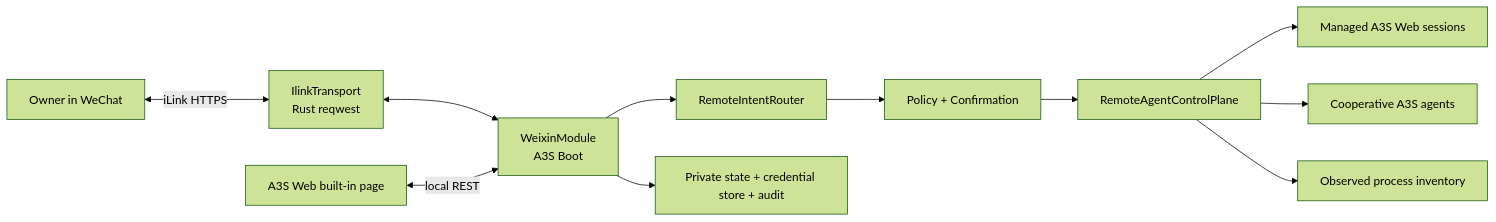
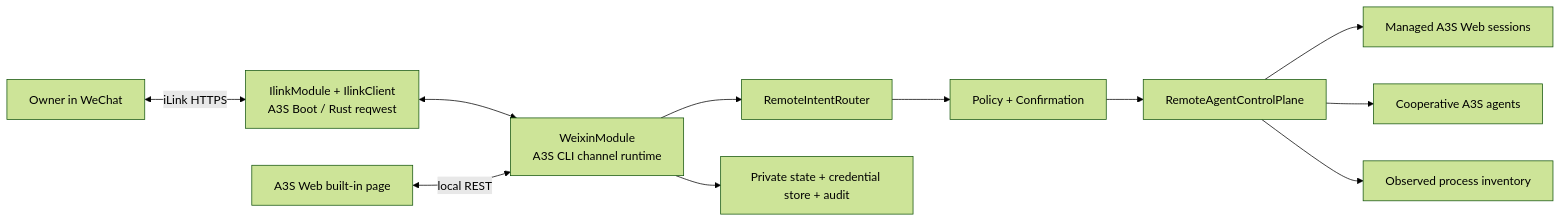
One commit to A3S-Lab/a3s changed the first of 4 diagrams in apps/web/docs/WEIXIN_REMOTE_CONTROL.md. Above: the diagram before and after it, drawn with Mermaid (forest theme). The commit also changed other lines of this file and 9 other files, not shown here.

Commit message:
feat(web): use native Boot iLink channel

````diff
--- a/apps/web/docs/WEIXIN_REMOTE_CONTROL.md
+++ b/apps/web/docs/WEIXIN_REMOTE_CONTROL.md
@@ -367,13 +362,13 @@
 ```mermaid
 flowchart LR
-    WX[Owner in WeChat] <-->|iLink HTTPS| IL[IlinkTransport<br/>Rust reqwest]
-    IL <--> WM[WeixinModule<br/>A3S Boot]
+    WX[Owner in WeChat] <-->|iLink HTTPS| IL[IlinkModule + IlinkClient<br/>A3S Boot / Rust reqwest]
+    IL <--> WM[WeixinModule<br/>A3S CLI channel runtime]
     WEB[A3S Web built-in page] <-->|local REST| WM
     WM --> RI[RemoteIntentRouter]
     RI --> PP[Policy + Confirmation]
     PP --> CP[RemoteAgentControlPlane]
     CP --> KS[Managed A3S Web sessions]
     CP --> CA[Cooperative A3S agents]
     CP --> OP[Observed process inventory]
     WM --> ST[Private state + credential store + audit]
 ```
````
